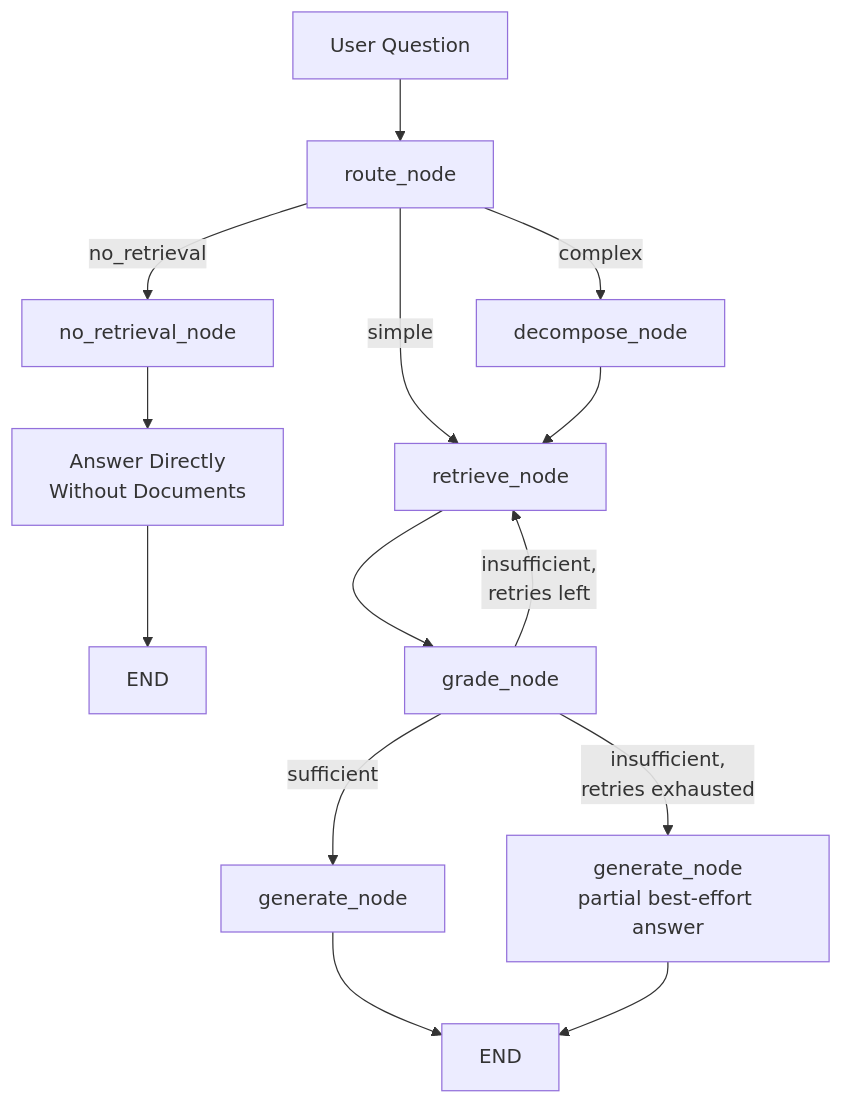
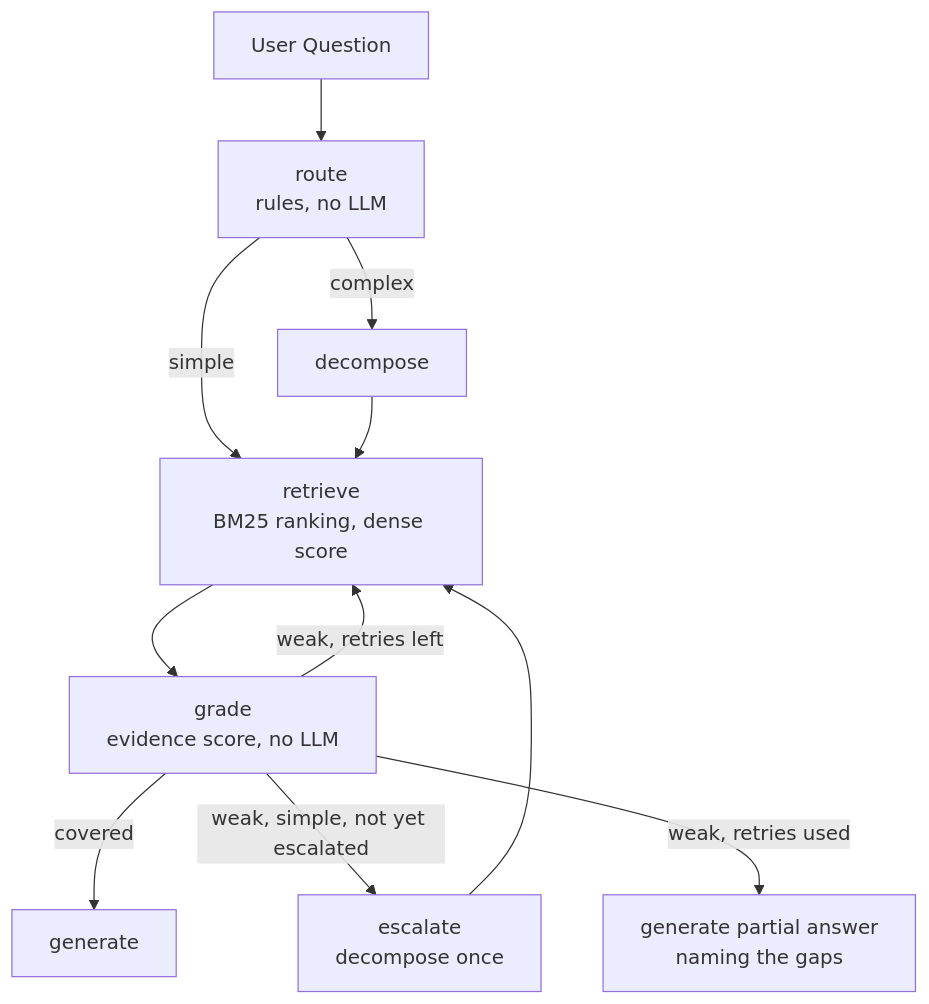
Before and after one commit to NicolaDiSalvatore/agentic-RAG-system: the second of 2 diagrams in README.md, drawn with Mermaid. The commit also changed other lines of this file and 39 other files, not shown here.

````diff
--- a/README.md
+++ b/README.md
@@ -27,22 +25,13 @@
 ```mermaid
 flowchart TD
-    A[User Question] --> B[route_node]
-
-    B -->|no_retrieval| C[no_retrieval_node]
-    C --> D[Answer Directly<br/>Without Documents]
-    D --> E[END]
-
-    B -->|simple| F[retrieve_node]
-    B -->|complex| J[decompose_node]
+    A[User Question] --> B[route<br/>rules, no LLM]
+    B -->|simple| F[retrieve<br/>BM25 ranking, dense score]
+    B -->|complex| J[decompose]
     J --> F
-
-    F --> G[grade_node]
-
-    G -->|sufficient| H[generate_node]
-    H --> I[END]
-
-    G -->|insufficient,<br/>retries left| F
-
-    G -->|insufficient,<br/>retries exhausted| K[generate_node<br/>partial best-effort answer]
-    K --> I
+    F --> G[grade<br/>evidence score, no LLM]
+    G -->|covered| H[generate]
+    G -->|weak, simple, not yet escalated| K[escalate<br/>decompose once]
+    K --> F
+    G -->|weak, retries left| F
+    G -->|weak, retries used| L[generate partial answer<br/>naming the gaps]
 ```
````
